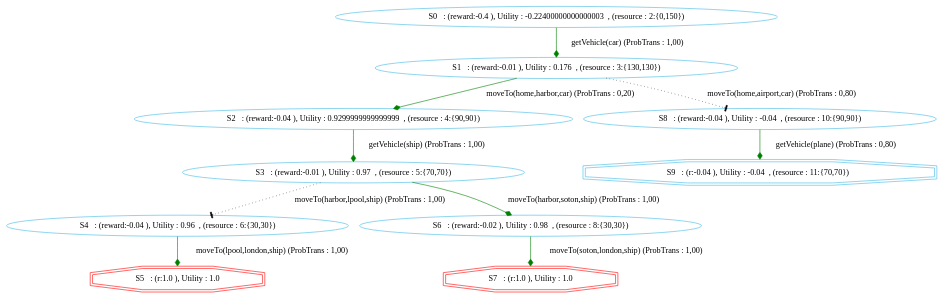
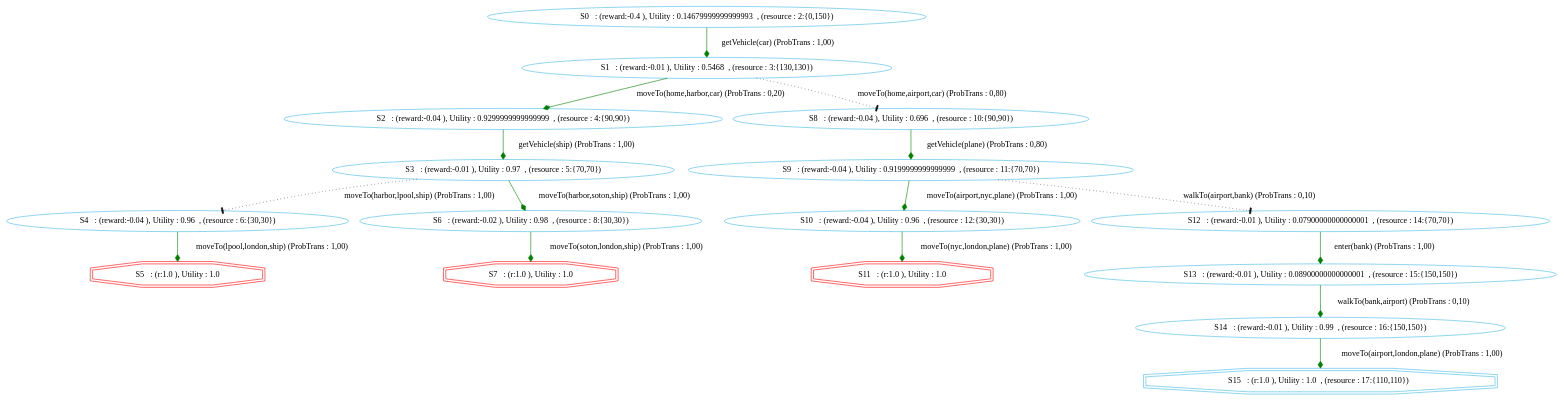
One commit to htiraHatem/CHIMP_MDP changed the diagram in chimp/src/main/java/examples/MDP/gotolondon/gotolondonGraphVICHIMP.dot. Above: the diagram before and after it, drawn with Graphviz. The commit also changed 3 other files, not shown here.

Commit message:
updated domain : added walkTo(bank)

```diff
--- a/chimp/src/main/java/examples/MDP/gotolondon/gotolondonGraphVICHIMP.dot
+++ b/chimp/src/main/java/examples/MDP/gotolondon/gotolondonGraphVICHIMP.dot
@@ -1,16 +1,23 @@
 digraph {
   node [color="#40b9e5" ]
  size="60,17";
 "5" [label=" S5   : (r:1.0 ), Utility : 1.0 " color = red ,  shape=doubleoctagon]
 "7" [label=" S7   : (r:1.0 ), Utility : 1.0 " color = red ,  shape=doubleoctagon]
-"9" [label=" S9   : (r:-0.04 ), Utility : -0.04  , (resource : 11:{70,70})  " shape=doubleoctagon];
-"0" [label=" S0   : (reward:-0.4 ), Utility : -0.22400000000000003  , (resource : 2:{0,150}) "]"1" [label=" S1   : (reward:-0.01 ), Utility : 0.176  , (resource : 3:{130,130}) "]"2" [label=" S2   : (reward:-0.04 ), Utility : 0.9299999999999999  , (resource : 4:{90,90}) "]"3" [label=" S3   : (reward:-0.01 ), Utility : 0.97  , (resource : 5:{70,70}) "]"4" [label=" S4   : (reward:-0.04 ), Utility : 0.96  , (resource : 6:{30,30}) "]"6" [label=" S6   : (reward:-0.02 ), Utility : 0.98  , (resource : 8:{30,30}) "]"8" [label=" S8   : (reward:-0.04 ), Utility : -0.04  , (resource : 10:{90,90}) "]"0" -> "1" [ label="getVehicle(car) (ProbTrans : 1,00)"
+"11" [label=" S11   : (r:1.0 ), Utility : 1.0 " color = red ,  shape=doubleoctagon]
+"15" [label=" S15   : (r:1.0 ), Utility : 1.0  , (resource : 17:{110,110})  " shape=doubleoctagon];
+"0" [label=" S0   : (reward:-0.4 ), Utility : 0.14679999999999993  , (resource : 2:{0,150}) "]"1" [label=" S1   : (reward:-0.01 ), Utility : 0.5468  , (resource : 3:{130,130}) "]"2" [label=" S2   : (reward:-0.04 ), Utility : 0.9299999999999999  , (resource : 4:{90,90}) "]"3" [label=" S3   : (reward:-0.01 ), Utility : 0.97  , (resource : 5:{70,70}) "]"4" [label=" S4   : (reward:-0.04 ), Utility : 0.96  , (resource : 6:{30,30}) "]"6" [label=" S6   : (reward:-0.02 ), Utility : 0.98  , (resource : 8:{30,30}) "]"8" [label=" S8   : (reward:-0.04 ), Utility : 0.696  , (resource : 10:{90,90}) "]"9" [label=" S9   : (reward:-0.04 ), Utility : 0.9199999999999999  , (resource : 11:{70,70}) "]"10" [label=" S10   : (reward:-0.04 ), Utility : 0.96  , (resource : 12:{30,30}) "]"12" [label=" S12   : (reward:-0.01 ), Utility : 0.07900000000000001  , (resource : 14:{70,70}) "]"13" [label=" S13   : (reward:-0.01 ), Utility : 0.08900000000000001  , (resource : 15:{150,150}) "]"14" [label=" S14   : (reward:-0.01 ), Utility : 0.99  , (resource : 16:{150,150}) "]"0" -> "1" [ label="getVehicle(car) (ProbTrans : 1,00)"
 , arrowhead = diamond , color=green];"1" -> "2" [ label="moveTo(home,harbor,car) (ProbTrans : 0,20)"
 , arrowhead = diamond , color=green];"1" -> "8" [ label="moveTo(home,airport,car) (ProbTrans : 0,80)"
 ,style=dotted, arrowhead=tee];"2" -> "3" [ label="getVehicle(ship) (ProbTrans : 1,00)"
 , arrowhead = diamond , color=green];"3" -> "4" [ label="moveTo(harbor,lpool,ship) (ProbTrans : 1,00)"
 ,style=dotted, arrowhead=tee];"3" -> "6" [ label="moveTo(harbor,soton,ship) (ProbTrans : 1,00)"
 , arrowhead = diamond , color=green];"4" -> "5" [ label="moveTo(lpool,london,ship) (ProbTrans : 1,00)"
 , arrowhead = diamond , color=green];"6" -> "7" [ label="moveTo(soton,london,ship) (ProbTrans : 1,00)"
 , arrowhead = diamond , color=green];"8" -> "9" [ label="getVehicle(plane) (ProbTrans : 0,80)"
+, arrowhead = diamond , color=green];"9" -> "10" [ label="moveTo(airport,nyc,plane) (ProbTrans : 1,00)"
+, arrowhead = diamond , color=green];"9" -> "12" [ label="walkTo(airport,bank) (ProbTrans : 0,10)"
+,style=dotted, arrowhead=tee];"10" -> "11" [ label="moveTo(nyc,london,plane) (ProbTrans : 1,00)"
+, arrowhead = diamond , color=green];"12" -> "13" [ label="enter(bank) (ProbTrans : 1,00)"
+, arrowhead = diamond , color=green];"13" -> "14" [ label="walkTo(bank,airport) (ProbTrans : 0,10)"
+, arrowhead = diamond , color=green];"14" -> "15" [ label="moveTo(airport,london,plane) (ProbTrans : 1,00)"
 , arrowhead = diamond , color=green];}
```
